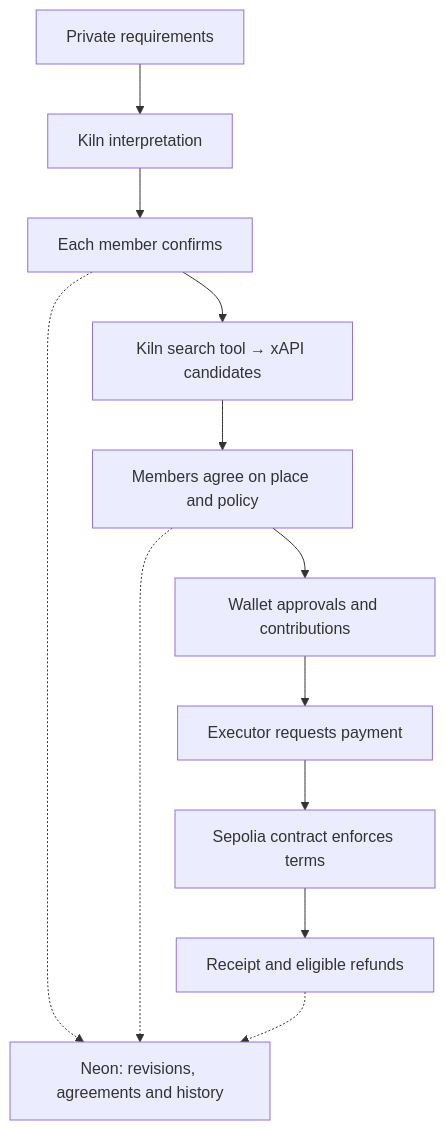
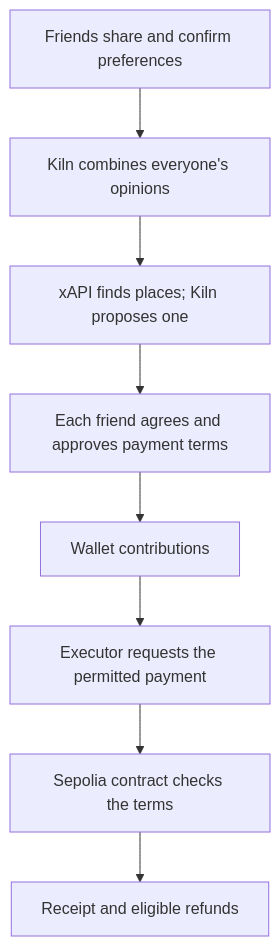
The diagram in README.md (miyosep/Converge), drawn with Mermaid before and after one commit. The commit also changed other lines of this file, not shown here.

````diff
--- a/README.md
+++ b/README.md
@@ -92,14 +89,10 @@
 ```mermaid
 flowchart TD
-    A["Private requirements"] --> B["Kiln interpretation"]
-    B --> C["Each member confirms"]
-    C --> D["Kiln search tool → xAPI candidates"]
-    D --> E["Members agree on place and policy"]
-    E --> F["Wallet approvals and contributions"]
-    F --> G["Executor requests payment"]
-    G --> H["Sepolia contract enforces terms"]
-    H --> I["Receipt and eligible refunds"]
-    C -.-> J["Neon: revisions, agreements and history"]
-    E -.-> J
-    I -.-> J
+    A["Friends share and confirm preferences"] --> B["Kiln combines everyone's opinions"]
+    B --> C["xAPI finds places; Kiln proposes one"]
+    C --> D["Each friend agrees and approves payment terms"]
+    D --> E["Wallet contributions"]
+    E --> F["Executor requests the permitted payment"]
+    F --> G["Sepolia contract checks the terms"]
+    G --> H["Receipt and eligible refunds"]
 ```
````
